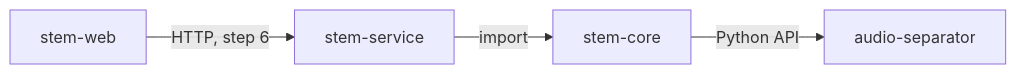
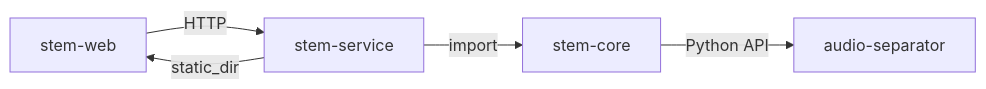
Before and after one commit to martinmayer-tech/music-stems: the diagram in docs/dependency-graph.md, drawn with Mermaid. The commit also changed other lines of this file and 18 other files, not shown here.

````diff
--- a/docs/dependency-graph.md
+++ b/docs/dependency-graph.md
@@ -9,6 +9,7 @@
 ```mermaid
 flowchart LR
-    web[stem-web] -->|HTTP, step 6| service[stem-service]
+    web[stem-web] -->|HTTP| service[stem-service]
+    service -->|static_dir| web
     service -->|import| core[stem-core]
     core -->|Python API| sep[audio-separator]
 ```
````
